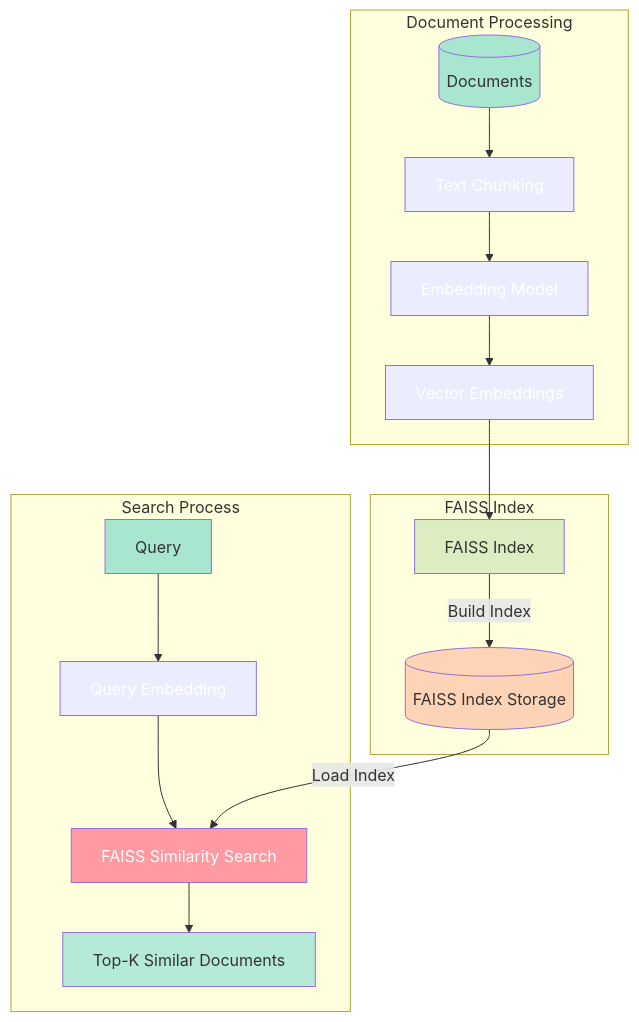
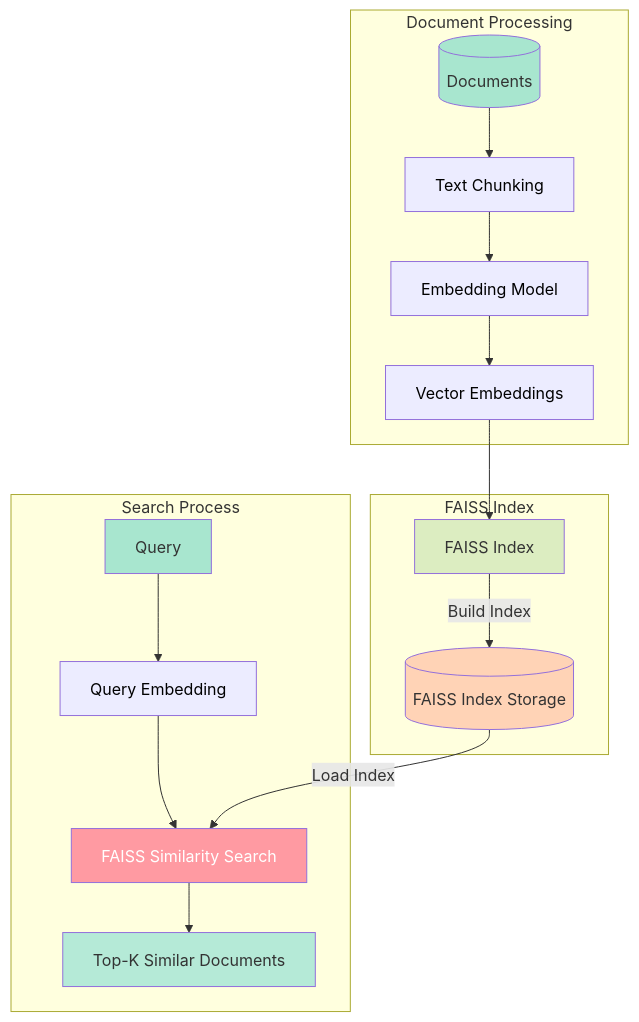
One commit to Minerva142/DenseRetrievalProject changed the second of 2 diagrams in README.md. Above: the diagram before and after it, drawn with Mermaid.

````diff
--- a/README.md
+++ b/README.md
@@ -108,33 +108,33 @@
 ```mermaid
 graph TD
     subgraph Document Processing
         D[(Documents)] --> T[Text Chunking]
         T --> E[Embedding Model]
         E --> V[Vector Embeddings]
     end
 
     subgraph FAISS Index
         V --> I[FAISS Index]
         I -->|Build Index| IX[(FAISS Index Storage)]
     end
 
     subgraph Search Process
         Q[Query] --> QE[Query Embedding]
         QE --> S[FAISS Similarity Search]
         IX -->|Load Index| S
         S --> R[Top-K Similar Documents]
     end
 
     style D fill:#a8e6cf,color:#333333
     style Q fill:#a8e6cf,color:#333333
     style IX fill:#ffd3b6,color:#333333
     style I fill:#dcedc1,color:#333333
     style S fill:#ff9aa2,color:#ffffff
     style R fill:#b5ead7,color:#333333
-    style T color:#ffffff
-    style E color:#ffffff
-    style V color:#ffffff
-    style QE color:#ffffff
+    style T color:black
+    style E color:black
+    style V color:black
+    style QE color:black
 
 
 ```
````
